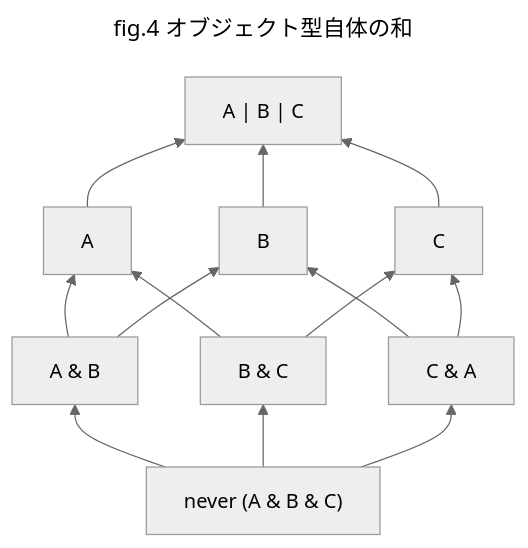
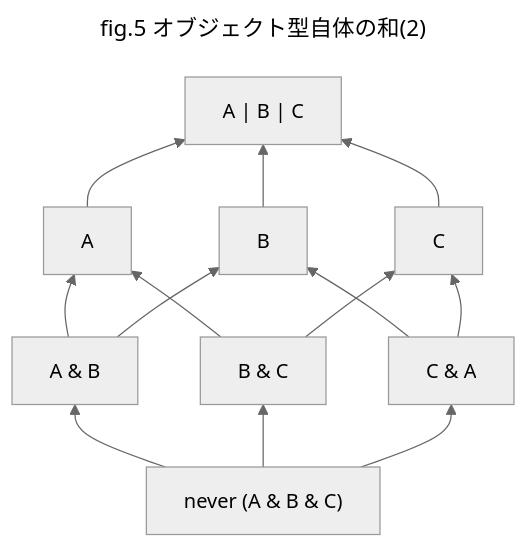
Before and after one commit to yo-goto/zenn-public-repo: the seventh of 13 diagrams in books/ts-algebraic-models/6-tam-set-theoretic-model.md, drawn with Mermaid (neutral theme). The commit also changed other lines of this file, not shown here.

````diff
--- a/books/ts-algebraic-models/6-tam-set-theoretic-model.md
+++ b/books/ts-algebraic-models/6-tam-set-theoretic-model.md
@@ -268,22 +268,22 @@
 ```mermaid
 ---
-title: fig.4 オブジェクト型自体の和
+title: fig.5 オブジェクト型自体の和(2)
 ---
 graph BT
   B["never (A & B & C)"]
   X["A & B"]
   Y["B & C"]
   Z["C & A"]
   XY["A"]
   ZX["B"]
   YZ["C"]
   T["A | B | C"]
   B --> X & Y & Z
   X --> XY
   Y --> XY
   Z --> ZX
   Y --> YZ
   X --> ZX
   Z --> YZ
   XY & YZ & ZX --> T
 ```
````
